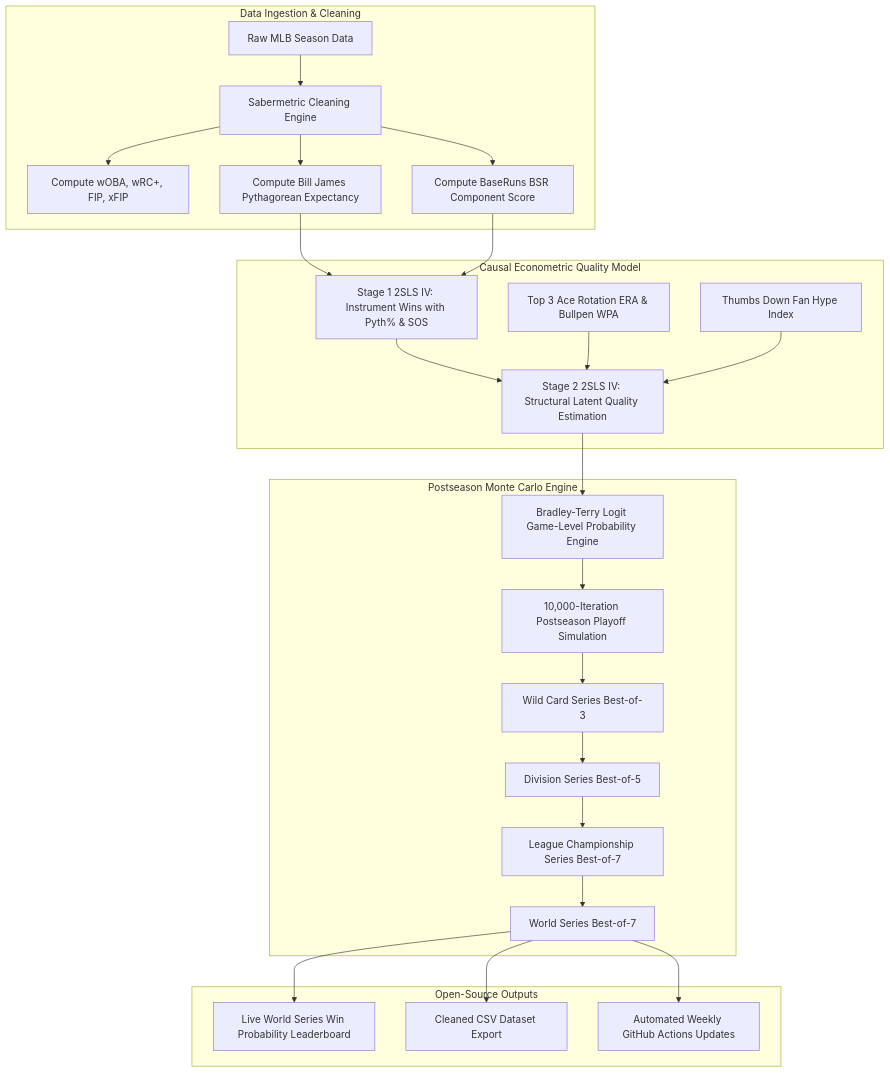
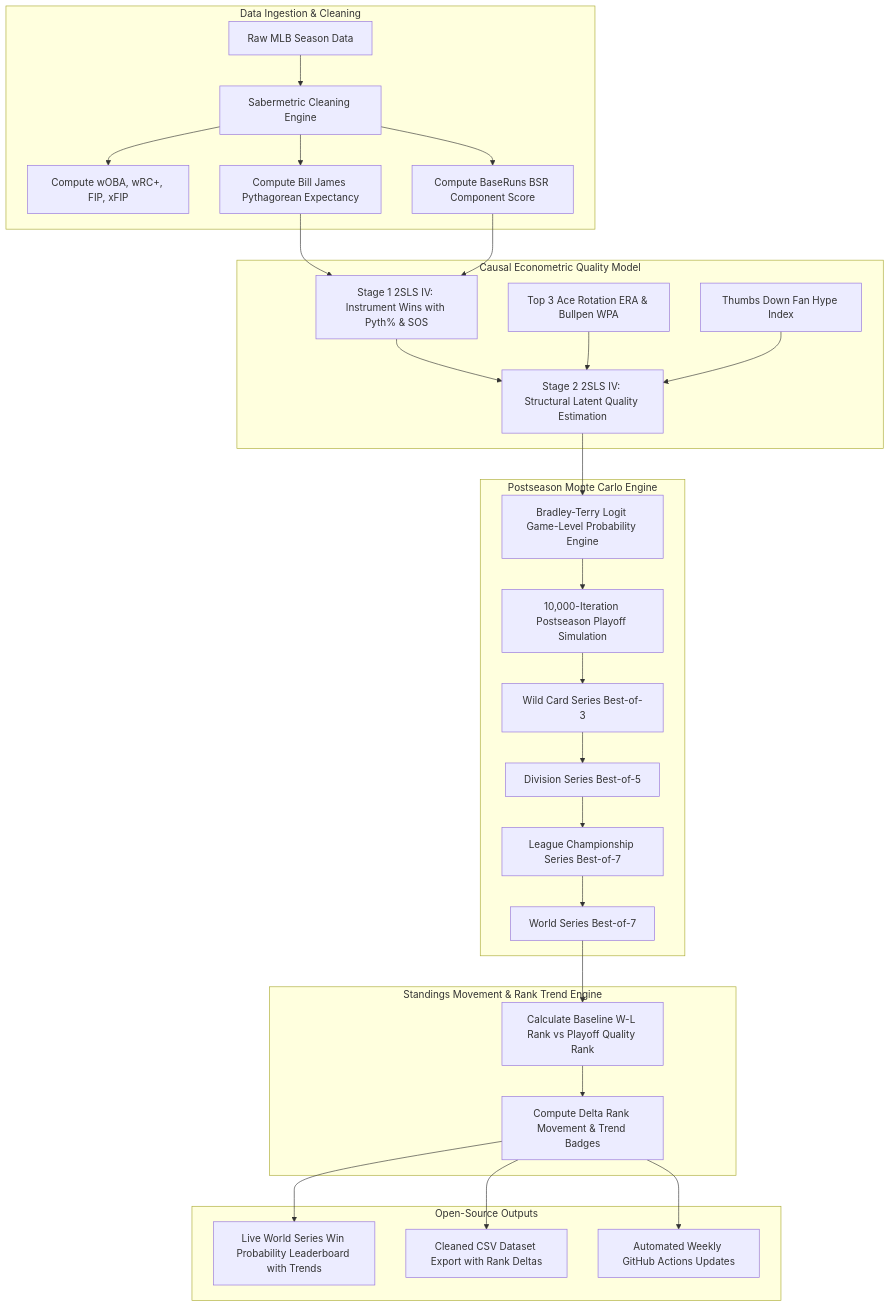
One commit to brentmzey/mlb_sabermetric_worldseries_kmp changed the diagram in README.md. Above: the diagram before and after it, drawn with Mermaid. The commit also changed other lines of this file and 14 other files, not shown here.

Commit message:
feat: add PocketHost schema, migrations, data sync script, and standings movement tracking

````diff
--- a/README.md
+++ b/README.md
@@ -47,32 +47,37 @@
 ```mermaid
 flowchart TD
     subgraph Data Ingestion & Cleaning
         A[Raw MLB Season Data] --> B[Sabermetric Cleaning Engine]
         B --> C[Compute wOBA, wRC+, FIP, xFIP]
         B --> D[Compute Bill James Pythagorean Expectancy]
         B --> E[Compute BaseRuns BSR Component Score]
     end
 
     subgraph Causal Econometric Quality Model
         D --> F[Stage 1 2SLS IV: Instrument Wins with Pyth% & SOS]
         E --> F
         F --> G[Stage 2 2SLS IV: Structural Latent Quality Estimation]
         H[Top 3 Ace Rotation ERA & Bullpen WPA] --> G
         I[Thumbs Down Fan Hype Index] --> G
     end
 
     subgraph Postseason Monte Carlo Engine
         G --> J[Bradley-Terry Logit Game-Level Probability Engine]
         J --> K[10,000-Iteration Postseason Playoff Simulation]
         K --> L[Wild Card Series Best-of-3]
         L --> M[Division Series Best-of-5]
         M --> N[League Championship Series Best-of-7]
         N --> O[World Series Best-of-7]
     end
 
+    subgraph Standings Movement & Rank Trend Engine
+        O --> P[Calculate Baseline W-L Rank vs Playoff Quality Rank]
+        P --> Q[Compute Delta Rank Movement & Trend Badges]
+    end
+
     subgraph Open-Source Outputs
-        O --> P[Live World Series Win Probability Leaderboard]
-        O --> Q[Cleaned CSV Dataset Export]
-        O --> R[Automated Weekly GitHub Actions Updates]
+        Q --> R[Live World Series Win Probability Leaderboard with Trends]
+        Q --> S[Cleaned CSV Dataset Export with Rank Deltas]
+        Q --> T[Automated Weekly GitHub Actions Updates]
     end
 ```
````
